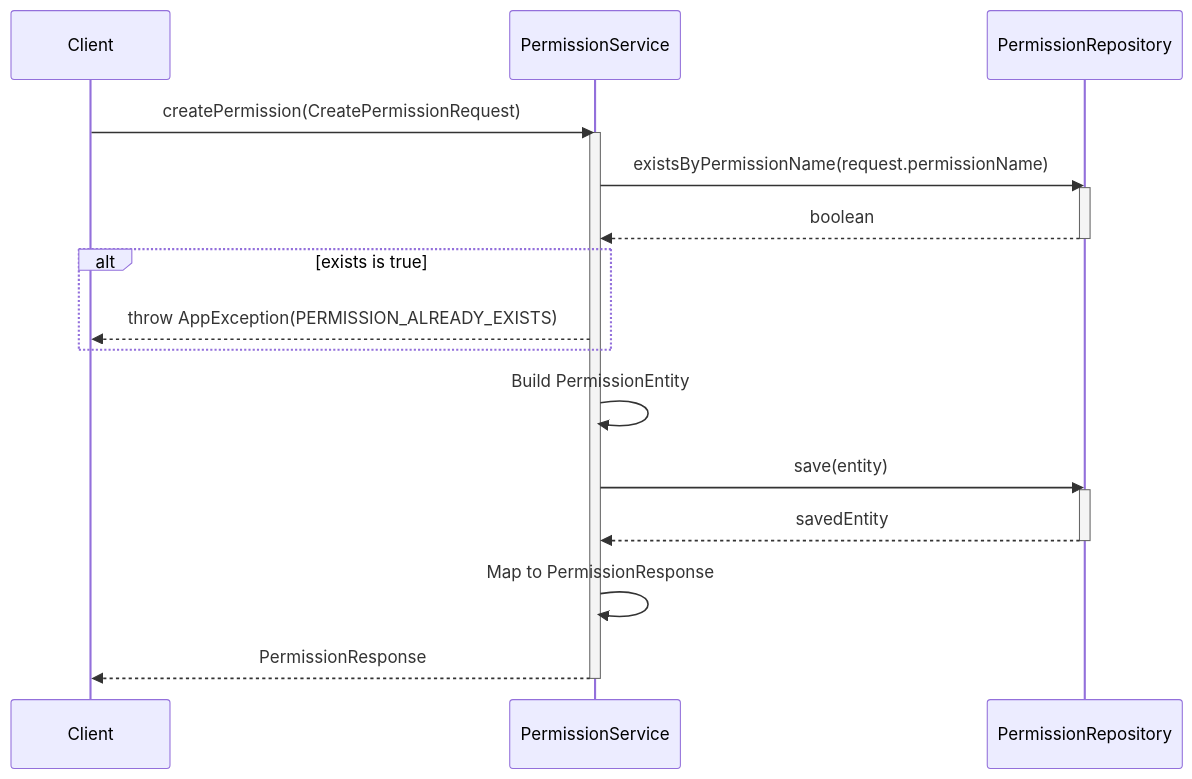
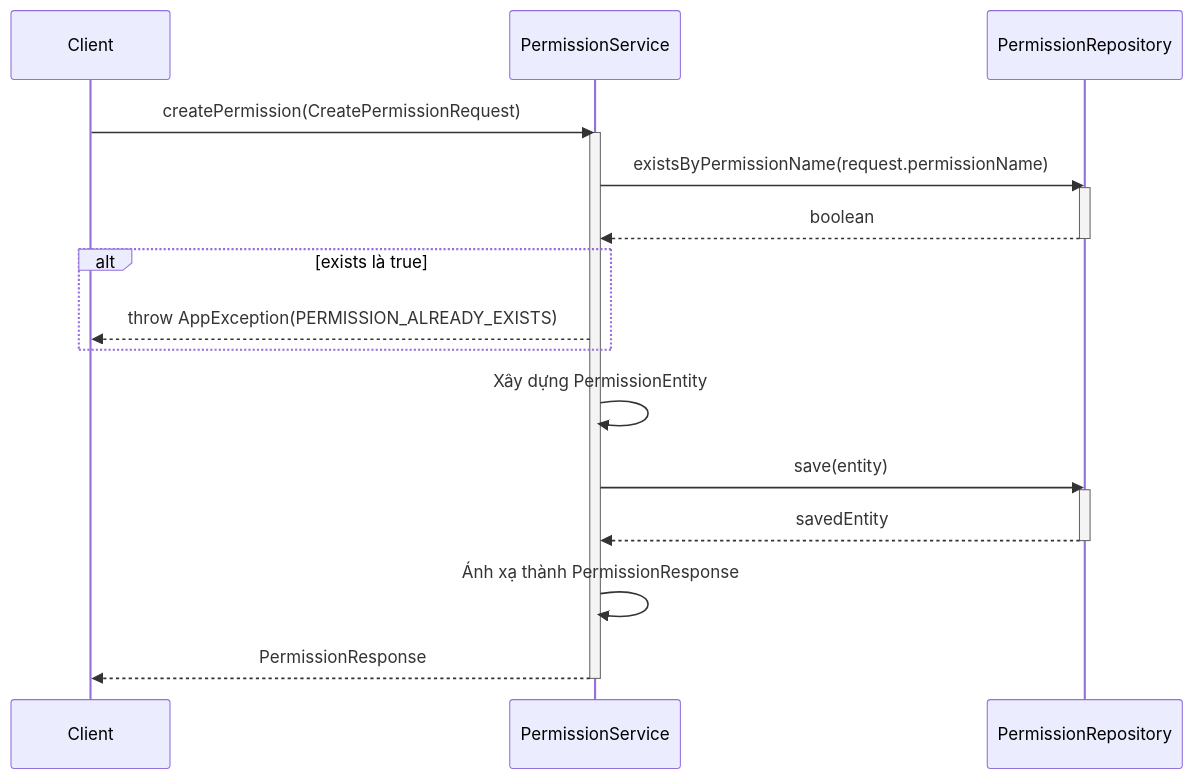
Before and after one commit to aquoc09/easymall: the second of 9 diagrams in .agent/sequence/rbac_services_sequence_diagrams.md, drawn with Mermaid. The commit also changed other lines of this file and 18 other files, not shown here.

Commit message:
UPDATE: Sequence diagram vietnamese

````diff
--- a/.agent/sequence/rbac_services_sequence_diagrams.md
+++ b/.agent/sequence/rbac_services_sequence_diagrams.md
@@ -31,30 +31,30 @@
 ```mermaid
 sequenceDiagram
     participant Client
     participant PermissionService
     participant PermissionRepository
 
     Client->>PermissionService: createPermission(CreatePermissionRequest)
     activate PermissionService
 
     PermissionService->>PermissionRepository: existsByPermissionName(request.permissionName)
     activate PermissionRepository
     PermissionRepository-->>PermissionService: boolean
     deactivate PermissionRepository
 
-    alt exists is true
+    alt exists là true
         PermissionService-->>Client: throw AppException(PERMISSION_ALREADY_EXISTS)
     end
 
-    PermissionService->>PermissionService: Build PermissionEntity
+    PermissionService->>PermissionService: Xây dựng PermissionEntity
     
     PermissionService->>PermissionRepository: save(entity)
     activate PermissionRepository
     PermissionRepository-->>PermissionService: savedEntity
     deactivate PermissionRepository
 
-    PermissionService->>PermissionService: Map to PermissionResponse
+    PermissionService->>PermissionService: Ánh xạ thành PermissionResponse
     
     PermissionService-->>Client: PermissionResponse
     deactivate PermissionService
 ```
````
